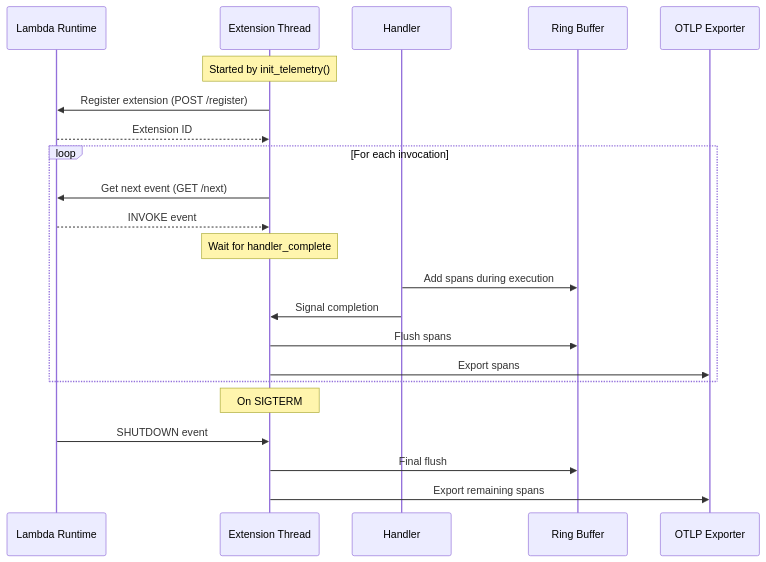
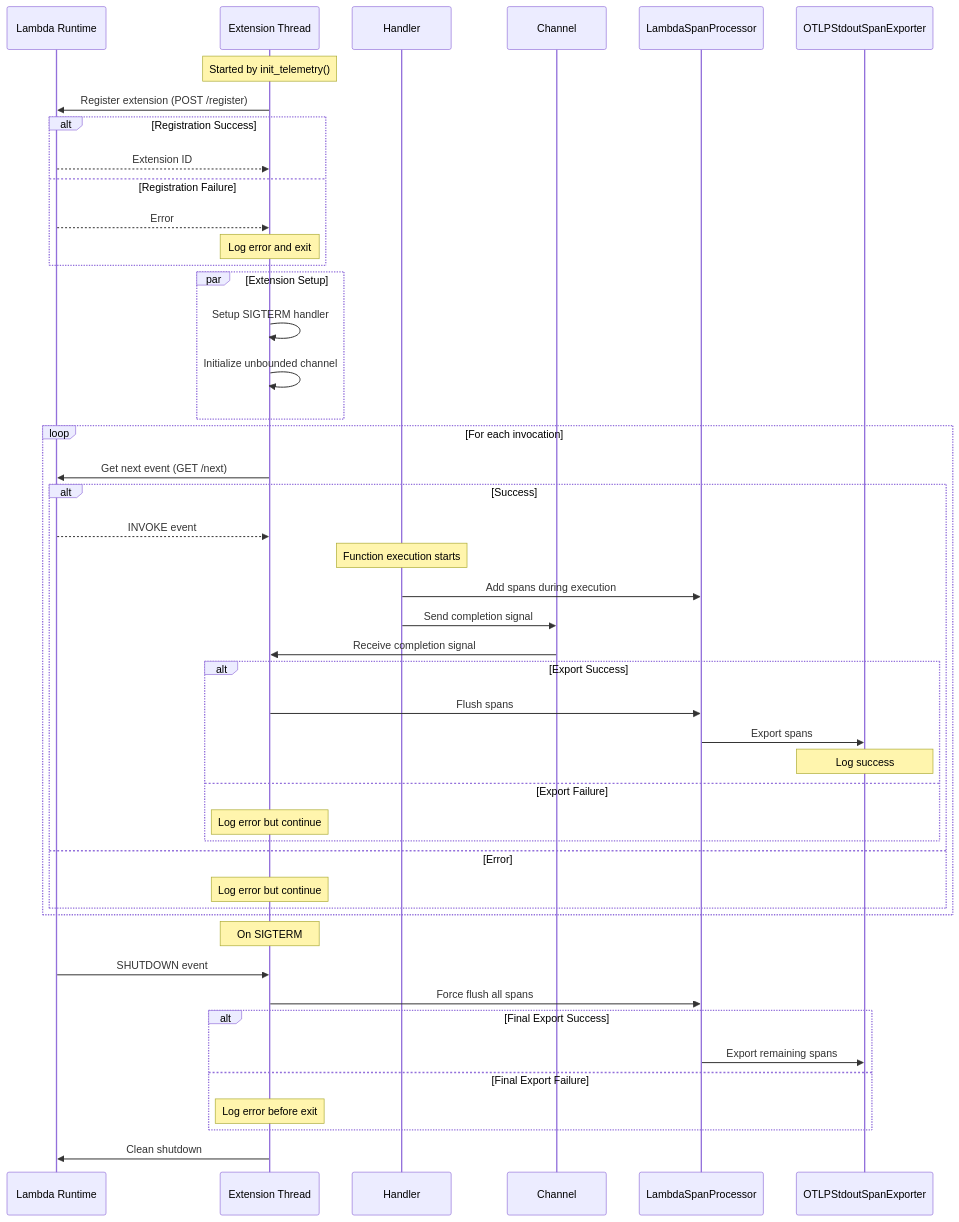
One commit to garysassano/serverless-otlp-forwarder changed the second of 2 diagrams in packages/rust/lambda-otel-lite/README.md. Above: the diagram before and after it, drawn with Mermaid. The commit also changed other lines of this file and 15 other files, not shown here.

````diff
--- a/packages/rust/lambda-otel-lite/README.md
+++ b/packages/rust/lambda-otel-lite/README.md
@@ -291,27 +115,53 @@
 ```mermaid
 sequenceDiagram
     participant Lambda Runtime
     participant Extension Thread
     participant Handler
-    participant Ring Buffer
-    participant OTLP Exporter
+    participant Channel
+    participant LambdaSpanProcessor
+    participant OTLPStdoutSpanExporter
 
     Note over Extension Thread: Started by init_telemetry()
     Extension Thread->>Lambda Runtime: Register extension (POST /register)
-    Lambda Runtime-->>Extension Thread: Extension ID
+    alt Registration Success
+        Lambda Runtime-->>Extension Thread: Extension ID
+    else Registration Failure
+        Lambda Runtime-->>Extension Thread: Error
+        Note over Extension Thread: Log error and exit
+    end
+
+    par Extension Setup
+        Extension Thread->>Extension Thread: Setup SIGTERM handler
+        Extension Thread->>Extension Thread: Initialize unbounded channel
+    end
 
     loop For each invocation
         Extension Thread->>Lambda Runtime: Get next event (GET /next)
-        Lambda Runtime-->>Extension Thread: INVOKE event
-        Note over Extension Thread: Wait for handler_complete
-        Handler->>Ring Buffer: Add spans during execution
-        Handler->>Extension Thread: Signal completion
-        Extension Thread->>Ring Buffer: Flush spans
-        Extension Thread->>OTLP Exporter: Export spans
+        alt Success
+            Lambda Runtime-->>Extension Thread: INVOKE event
+            Note over Handler: Function execution starts
+            Handler->>LambdaSpanProcessor: Add spans during execution
+            Handler->>Channel: Send completion signal
+            Channel->>Extension Thread: Receive completion signal
+            alt Export Success
+                Extension Thread->>LambdaSpanProcessor: Flush spans
+                LambdaSpanProcessor->>OTLPStdoutSpanExporter: Export spans
+                Note over OTLPStdoutSpanExporter: Log success
+            else Export Failure
+                Note over Extension Thread: Log error but continue
+            end
+        else Error
+            Note over Extension Thread: Log error but continue
+        end
     end
 
     Note over Extension Thread: On SIGTERM
     Lambda Runtime->>Extension Thread: SHUTDOWN event
-    Extension Thread->>Ring Buffer: Final flush
-    Extension Thread->>OTLP Exporter: Export remaining spans
+    Extension Thread->>LambdaSpanProcessor: Force flush all spans
+    alt Final Export Success
+        LambdaSpanProcessor->>OTLPStdoutSpanExporter: Export remaining spans
+    else Final Export Failure
+        Note over Extension Thread: Log error before exit
+    end
+    Extension Thread->>Lambda Runtime: Clean shutdown
 ```
````
